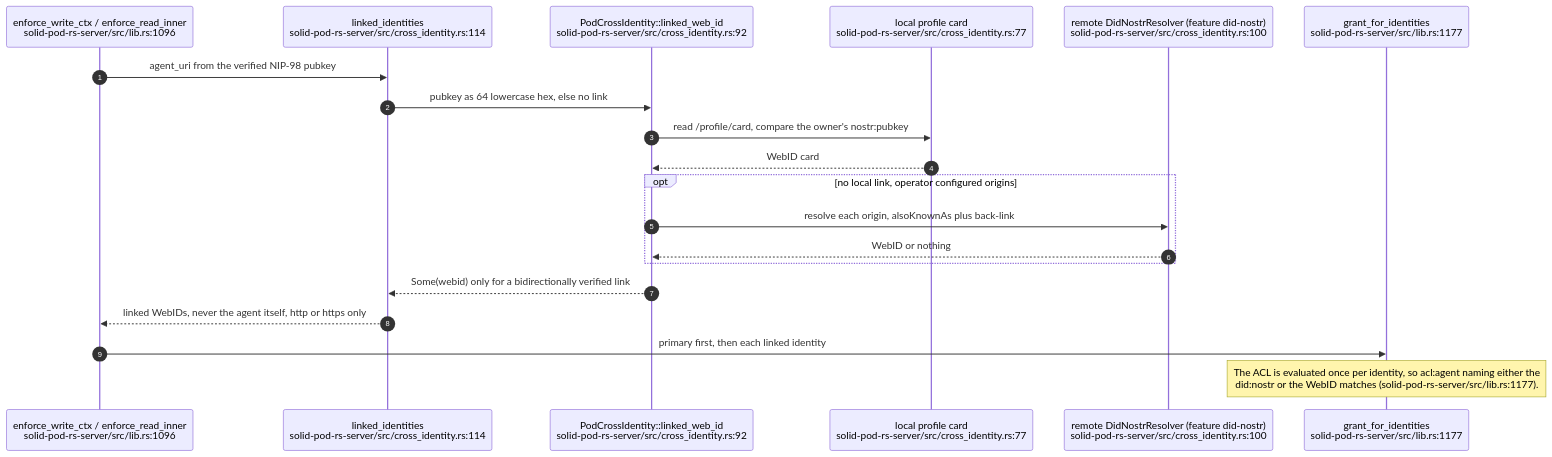
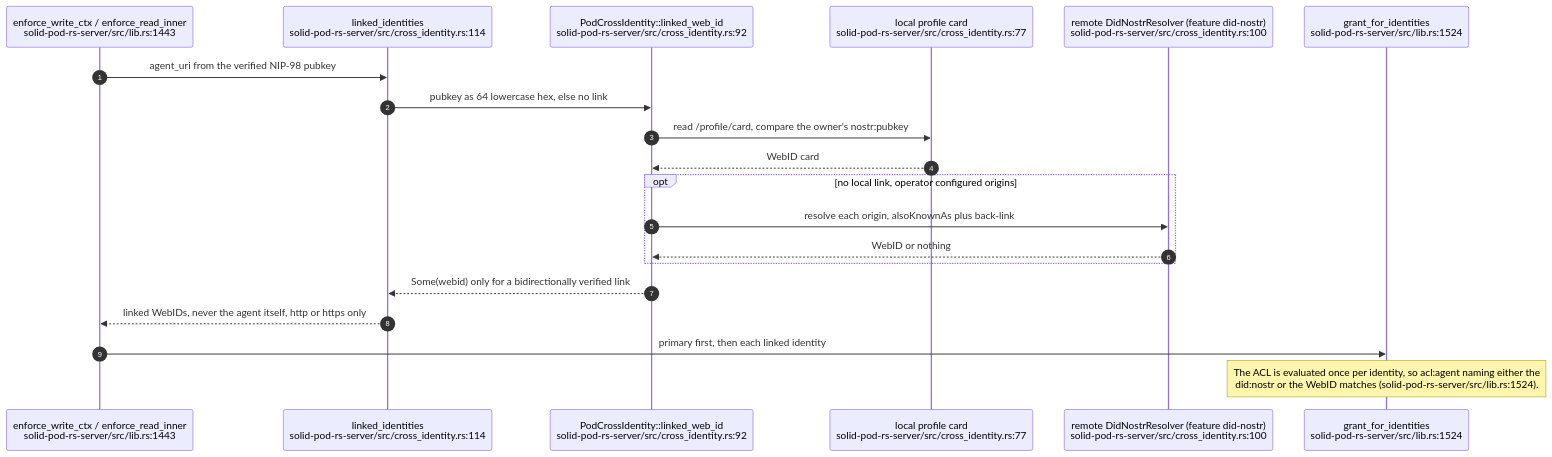
One commit to DreamLab-AI/VisionFlow changed diagram 18 of 18 in docs/diagrams/solid-pod-rs/05-identity-nip98-did-oidc.md. Above: the diagram before and after it, drawn with Mermaid. The commit also changed other lines of this file and 2 other files, not shown here.

First line of the commit message:
docs(diagrams): SP-05, SP-11, SP-12 re-verified at solid-pod-rs a28a748

````diff
--- a/docs/diagrams/solid-pod-rs/05-identity-nip98-did-oidc.md
+++ b/docs/diagrams/solid-pod-rs/05-identity-nip98-did-oidc.md
@@ -565,23 +582,23 @@
 ```mermaid
 sequenceDiagram
     autonumber
-    participant G as enforce_write_ctx / enforce_read_inner<br/>solid-pod-rs-server/src/lib.rs:1096
+    participant G as enforce_write_ctx / enforce_read_inner<br/>solid-pod-rs-server/src/lib.rs:1443
     participant LI as linked_identities<br/>solid-pod-rs-server/src/cross_identity.rs:114
     participant R as PodCrossIdentity::linked_web_id<br/>solid-pod-rs-server/src/cross_identity.rs:92
     participant L as local profile card<br/>solid-pod-rs-server/src/cross_identity.rs:77
     participant D as remote DidNostrResolver (feature did-nostr)<br/>solid-pod-rs-server/src/cross_identity.rs:100
-    participant GI as grant_for_identities<br/>solid-pod-rs-server/src/lib.rs:1177
+    participant GI as grant_for_identities<br/>solid-pod-rs-server/src/lib.rs:1524
 
     G->>LI: agent_uri from the verified NIP-98 pubkey
     LI->>R: pubkey as 64 lowercase hex, else no link
     R->>L: read /profile/card, compare the owner's nostr:pubkey
     L-->>R: WebID card#me when the owner key matches
     opt no local link, operator configured origins
         R->>D: resolve each origin, alsoKnownAs plus back-link
         D-->>R: WebID or nothing
     end
     R-->>LI: Some(webid) only for a bidirectionally verified link
     LI-->>G: linked WebIDs, never the agent itself, http or https only
     G->>GI: primary first, then each linked identity
-    Note over GI: The ACL is evaluated once per identity, so acl:agent naming either the<br/>did:nostr or the WebID matches (solid-pod-rs-server/src/lib.rs:1177).
+    Note over GI: The ACL is evaluated once per identity, so acl:agent naming either the<br/>did:nostr or the WebID matches (solid-pod-rs-server/src/lib.rs:1524).
 ```
````
